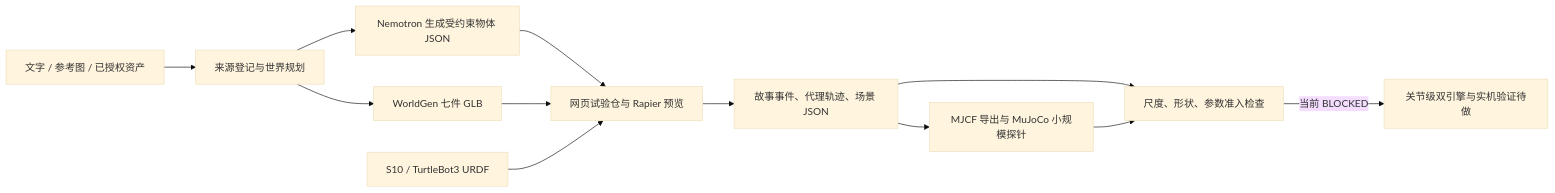
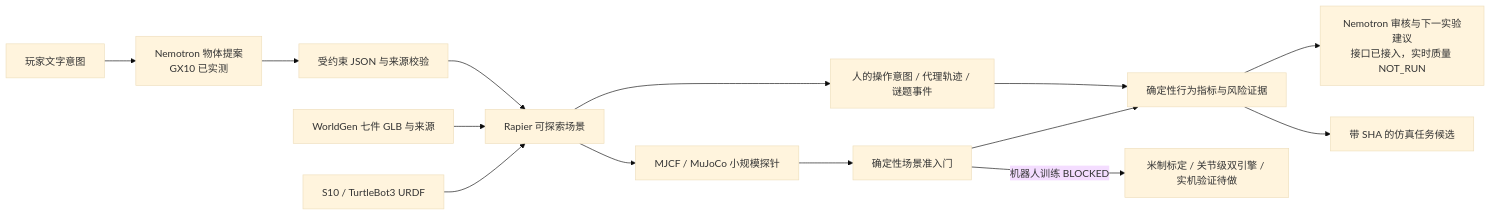
Before and after one commit to boblank/WorldStage-PhysicalTwin: the diagram in README.md, drawn with Mermaid (base theme). The commit also changed other lines of this file and 6 other files, not shown here.

````diff
--- a/README.md
+++ b/README.md
@@ -17,14 +17,16 @@
 ```mermaid
 flowchart LR
-    A[文字 / 参考图 / 已授权资产] --> B[来源登记与世界规划]
-    B --> C[Nemotron 生成受约束物体 JSON]
-    B --> D[WorldGen 七件 GLB]
-    C --> E[网页试验仓与 Rapier 预览]
-    D --> E
-    F[S10 / TurtleBot3 URDF] --> E
-    E --> G[故事事件、代理轨迹、场景 JSON]
-    G --> H[MJCF 导出与 MuJoCo 小规模探针]
-    G --> I[尺度、形状、参数准入检查]
-    H --> I
-    I -->|当前 BLOCKED| J[关节级双引擎与实机验证待做]
+    A[玩家文字意图] --> N1[Nemotron 物体提案<br/>GX10 已实测]
+    N1 --> V[受约束 JSON 与来源校验]
+    V --> W[Rapier 可探索场景]
+    B[WorldGen 七件 GLB 与来源] --> W
+    R[S10 / TurtleBot3 URDF] --> W
+    W --> T[人的操作意图 / 代理轨迹 / 谜题事件]
+    T --> M[确定性行为指标与风险证据]
+    W --> P[MJCF / MuJoCo 小规模探针]
+    P --> G[确定性场景准入门]
+    G --> M
+    M --> N2[Nemotron 审核与下一实验建议<br/>接口已接入，实时质量 NOT_RUN]
+    M --> C[带 SHA 的仿真任务候选]
+    G -->|机器人训练 BLOCKED| X[米制标定 / 关节级双引擎 / 实机验证待做]
 ```
````
